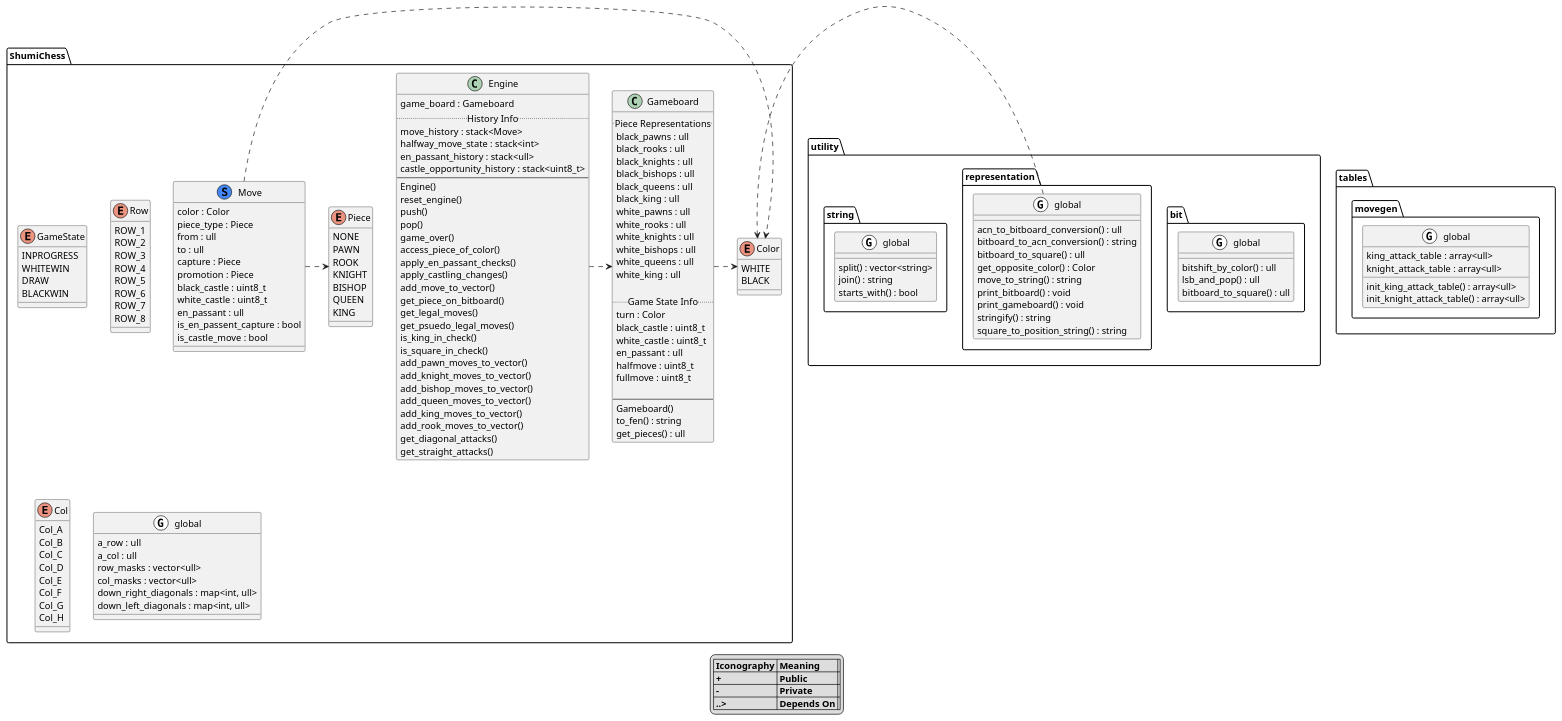
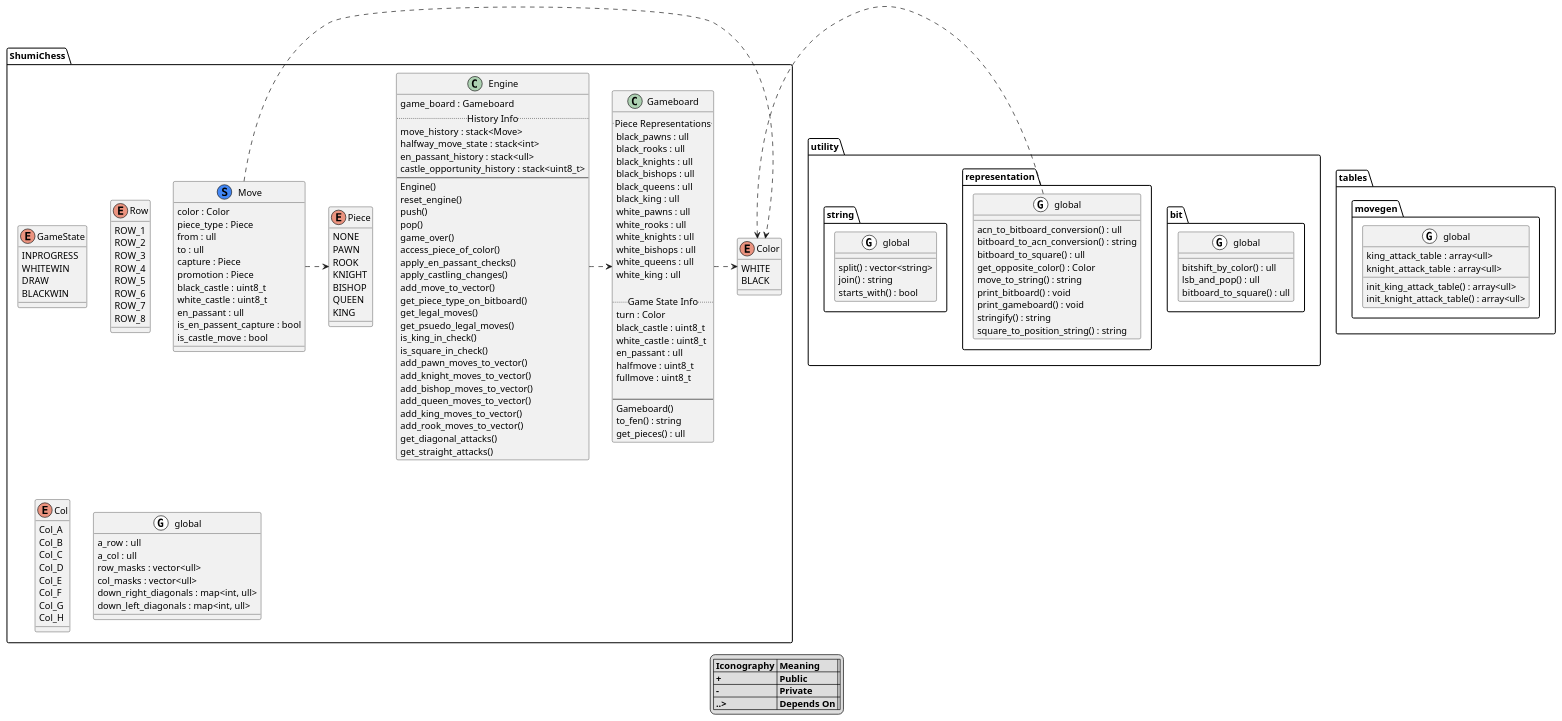
Before and after one commit to aduerig/shumi-chess: the diagram in doc/class_diagram.puml, drawn with PlantUML. The commit also changed 4 other files, not shown here.

```diff
--- a/doc/class_diagram.puml
+++ b/doc/class_diagram.puml
@@ -1,189 +1,189 @@
 @startuml
 legend bottom
   |= Iconography |= Meaning |= |
   |= +           |= Public     |
   |= -           |= Private    |
   |= ..>         |= Depends On |
 end legend
 
 namespace ShumiChess {
     class Engine {
         game_board : Gameboard
         .. History Info ..
         move_history : stack<Move>
         halfway_move_state : stack<int>
         en_passant_history : stack<ull>
         castle_opportunity_history : stack<uint8_t>
         --
         Engine()
         reset_engine()
         push()
         pop()
         game_over()
         access_piece_of_color()
         apply_en_passant_checks()
         apply_castling_changes()
         add_move_to_vector()
-        get_piece_on_bitboard()
+        get_piece_type_on_bitboard()
         get_legal_moves()
         get_psuedo_legal_moves()
         is_king_in_check()
         is_square_in_check()
         add_pawn_moves_to_vector()
         add_knight_moves_to_vector()
         add_bishop_moves_to_vector()
         add_queen_moves_to_vector()
         add_king_moves_to_vector()
         add_rook_moves_to_vector()
         get_diagonal_attacks()
         get_straight_attacks()
     }
 
     class Gameboard {
         .. Piece Representations ..
         black_pawns : ull
         black_rooks : ull
         black_knights : ull
         black_bishops : ull
         black_queens : ull
         black_king : ull
         white_pawns : ull
         white_rooks : ull
         white_knights : ull
         white_bishops : ull
         white_queens : ull
         white_king : ull
 
         .. Game State Info ..
         turn : Color
         black_castle : uint8_t
         white_castle : uint8_t
         en_passant : ull
         halfmove : uint8_t
         fullmove : uint8_t
 
         --
         Gameboard()
         to_fen() : string
         get_pieces() : ull
     }
 
     enum Color {
         WHITE
         BLACK
     }
 
     enum Piece {
         NONE
         PAWN
         ROOK
         KNIGHT
         BISHOP
         QUEEN
         KING
     }
 
     class Move <<(S, #4287f5)>> {
         color : Color
         piece_type : Piece
         from : ull
         to : ull
         capture : Piece
         promotion : Piece
         black_castle : uint8_t
         white_castle : uint8_t
         en_passant : ull
         is_en_passent_capture : bool
         is_castle_move : bool
     }
 
     enum GameState {
         INPROGRESS
         WHITEWIN
         DRAW
         BLACKWIN
     }
 
     enum Row {
         ROW_1
         ROW_2
         ROW_3
         ROW_4
         ROW_5
         ROW_6
         ROW_7
         ROW_8
     }
 
     enum Col {
         Col_A
         Col_B
         Col_C
         Col_D
         Col_E
         Col_F
         Col_G
         Col_H
     }
 
     class global <<(G, #ffffff)>> {
         a_row : ull
         a_col : ull
         row_masks : vector<ull>
         col_masks : vector<ull>
         down_right_diagonals : map<int, ull> 
         down_left_diagonals : map<int, ull> 
     }
 }
 
 namespace tables {
     namespace movegen {
         class global <<(G, #ffffff)>> {
             king_attack_table : array<ull>
             knight_attack_table : array<ull>
 
             init_king_attack_table() : array<ull>
             init_knight_attack_table() : array<ull>
         }
     }
 }
 
 namespace utility {
     namespace bit {
         class global <<(G, #ffffff)>> {
             bitshift_by_color() : ull
             lsb_and_pop() : ull
             bitboard_to_square() : ull
         }
     }
 
     namespace representation {
         class global <<(G, #ffffff)>> {
             acn_to_bitboard_conversion() : ull
             bitboard_to_acn_conversion() : string
             bitboard_to_square() : ull
             get_opposite_color() : Color
             move_to_string() : string
             print_bitboard() : void 
             print_gameboard() : void
             stringify() : string
             square_to_position_string() : string
         }
     }
 
     namespace string {
         class global <<(G, #ffffff)>> {
             split() : vector<string>
             join() : string
             starts_with() : bool
         }
     }
 }
 
 ShumiChess.Engine .> ShumiChess.Gameboard
 ShumiChess.Gameboard .> ShumiChess.Color
 ShumiChess.Move .> ShumiChess.Color
 ShumiChess.Move .> ShumiChess.Piece
 utility.representation.global .> ShumiChess.Color
 
 @enduml
```
